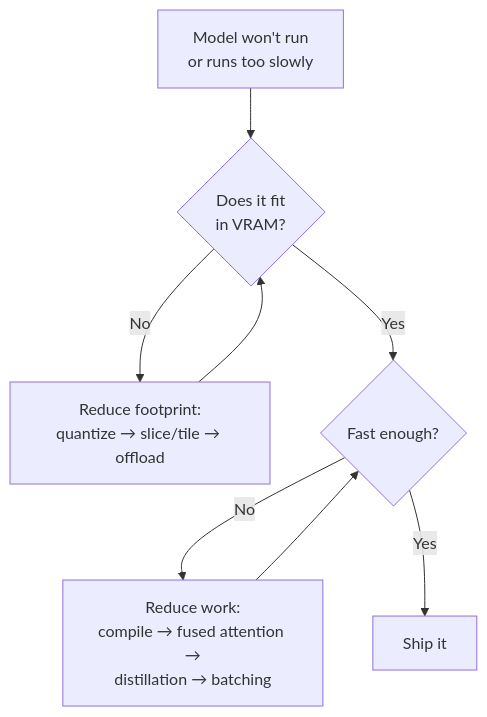
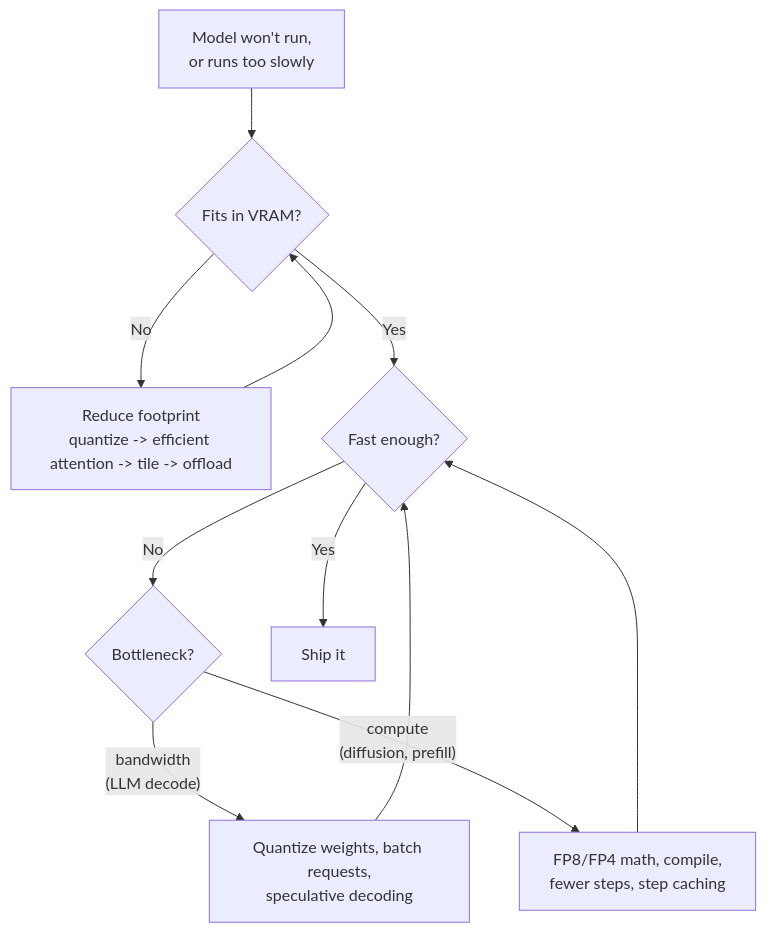
Before and after one commit to AndrewAltimit/Documentation: the first of 2 diagrams in github-pages/docs/ai-ml/optimization-guide.md, drawn with Mermaid. The commit also changed other lines of this file and 240 other files, not shown here.

````diff
--- a/github-pages/docs/ai-ml/optimization-guide.md
+++ b/github-pages/docs/ai-ml/optimization-guide.md
@@ -29,10 +29,13 @@
 ```mermaid
 flowchart TD
-    Start["Model won't run<br/>or runs too slowly"] --> Q{"Does it fit<br/>in VRAM?"}
-    Q -->|No| Mem["Reduce footprint:<br/>quantize → slice/tile → offload"]
-    Mem --> Q
-    Q -->|Yes| C{"Fast enough?"}
-    C -->|No| Speed["Reduce work:<br/>compile → fused attention →<br/>distillation → batching"]
-    C -->|Yes| Done["Ship it"]
-    Speed --> C
+    Start["Model won't run,<br/>or runs too slowly"] --> Fit{"Fits in VRAM?"}
+    Fit -->|No| Mem["Reduce footprint<br/>quantize -> efficient attention -> tile -> offload"]
+    Mem --> Fit
+    Fit -->|Yes| Fast{"Fast enough?"}
+    Fast -->|No| Kind{"Bottleneck?"}
+    Kind -->|"bandwidth<br/>(LLM decode)"| BW["Quantize weights, batch requests,<br/>speculative decoding"]
+    Kind -->|"compute<br/>(diffusion, prefill)"| CP["FP8/FP4 math, compile,<br/>fewer steps, step caching"]
+    BW --> Fast
+    CP --> Fast
+    Fast -->|Yes| Done["Ship it"]
 ```
````
